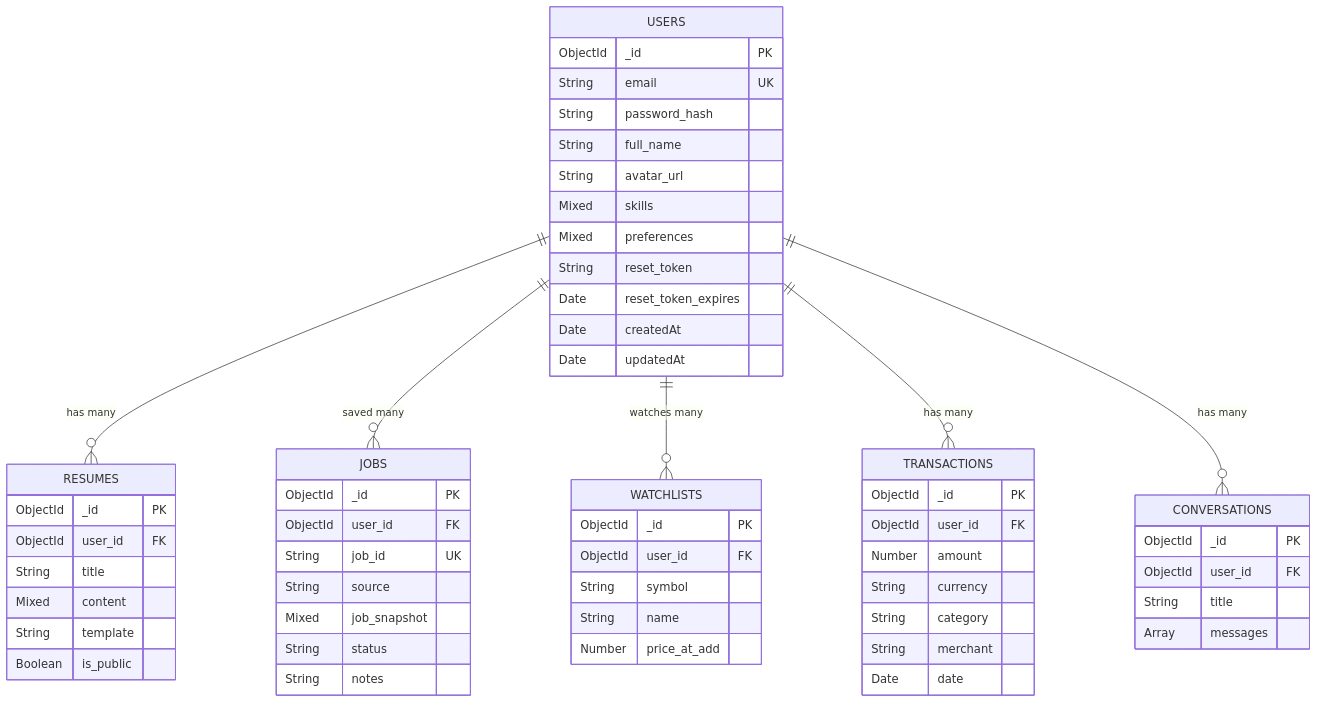
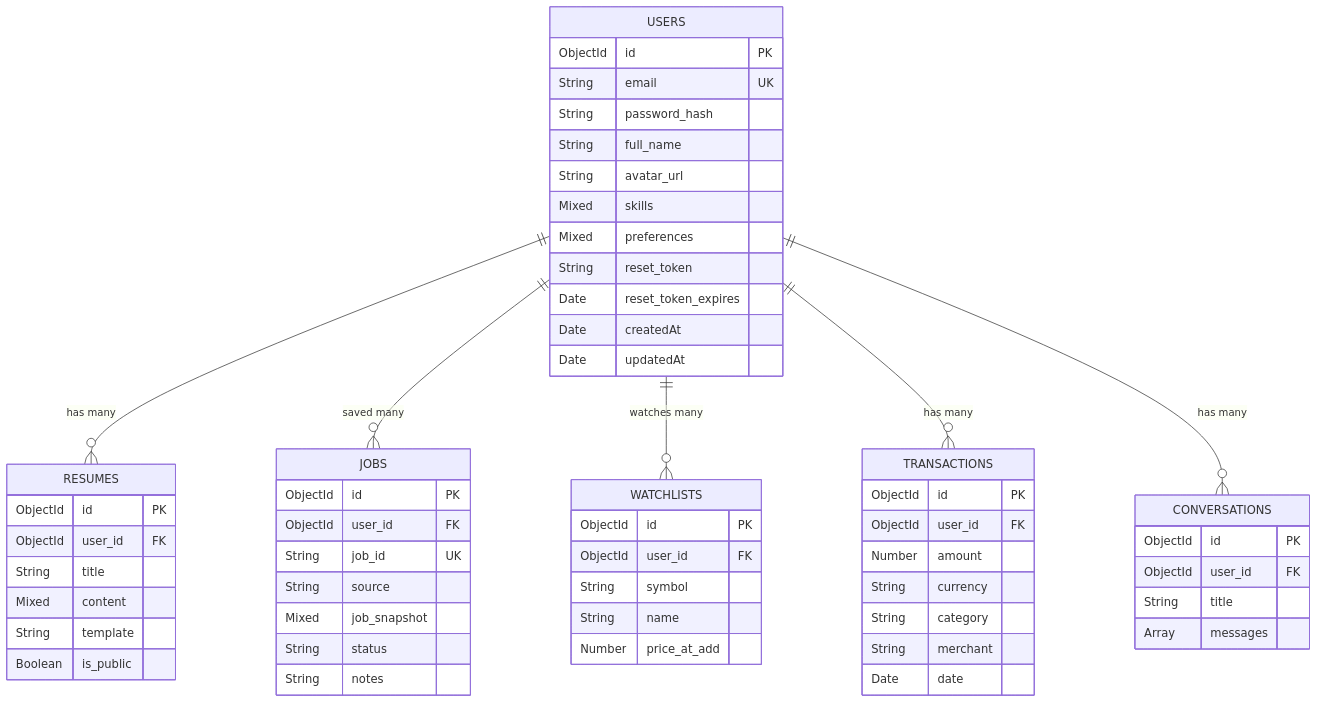
Before and after one commit to gobinath-sketch/Final-Mastermind: diagram 11 of 13 in README.md, drawn with Mermaid. The commit also changed other lines of this file, not shown here.

Commit message:
fix: rewrite all Mermaid diagrams with GitHub-safe syntax - no emojis/slashes in node labels

````diff
--- a/README.md
+++ b/README.md
@@ -591,66 +592,66 @@
 ```mermaid
 erDiagram
     USERS {
-        ObjectId _id PK
+        ObjectId id PK
         String email UK
         String password_hash
         String full_name
         String avatar_url
         Mixed skills
         Mixed preferences
         String reset_token
         Date reset_token_expires
         Date createdAt
         Date updatedAt
     }
 
     RESUMES {
-        ObjectId _id PK
+        ObjectId id PK
         ObjectId user_id FK
         String title
         Mixed content
         String template
         Boolean is_public
     }
 
     JOBS {
-        ObjectId _id PK
+        ObjectId id PK
         ObjectId user_id FK
         String job_id UK
         String source
         Mixed job_snapshot
         String status
         String notes
     }
 
     WATCHLISTS {
-        ObjectId _id PK
+        ObjectId id PK
         ObjectId user_id FK
         String symbol
         String name
         Number price_at_add
     }
 
     TRANSACTIONS {
-        ObjectId _id PK
+        ObjectId id PK
         ObjectId user_id FK
         Number amount
         String currency
         String category
         String merchant
         Date date
     }
 
     CONVERSATIONS {
-        ObjectId _id PK
+        ObjectId id PK
         ObjectId user_id FK
         String title
         Array messages
     }
 
     USERS ||--o{ RESUMES : "has many"
     USERS ||--o{ JOBS : "saved many"
     USERS ||--o{ WATCHLISTS : "watches many"
     USERS ||--o{ TRANSACTIONS : "has many"
     USERS ||--o{ CONVERSATIONS : "has many"
 ```
````
